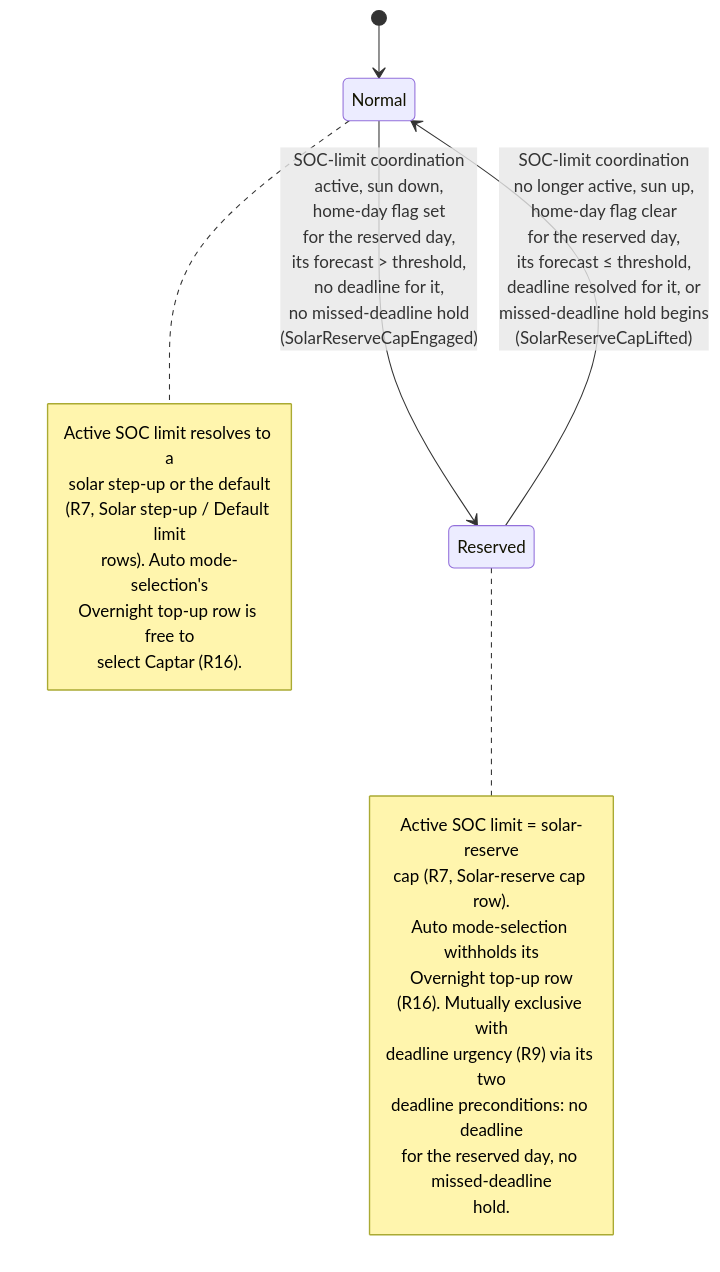
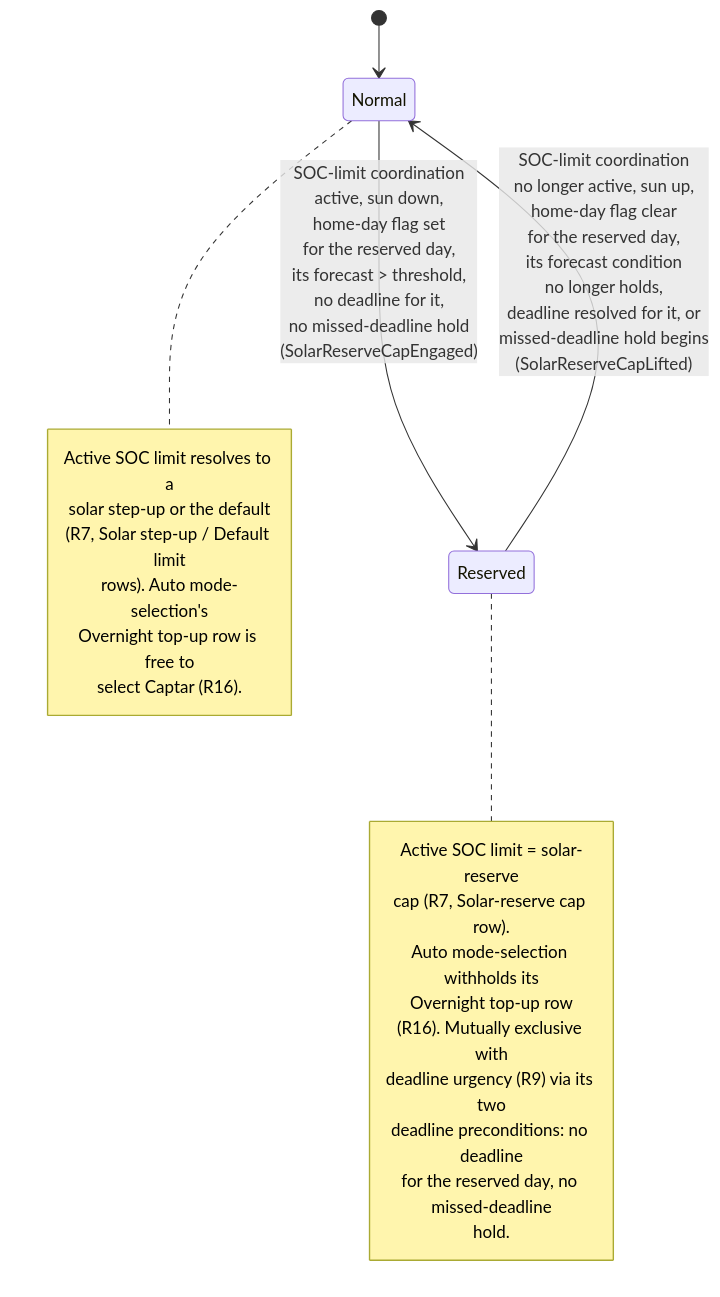
One commit to kristofdegrave/homeassistant-smart-charging changed the diagram in docs/analysis/use-cases/UC07-reserve-capacity-for-tomorrow.md. Above: the diagram before and after it, drawn with Mermaid. The commit also changed other lines of this file and 4 other files, not shown here.

First line of the commit message:
uc: address review remarks on the optional same-day forecast (#1370)

````diff
--- a/docs/analysis/use-cases/UC07-reserve-capacity-for-tomorrow.md
+++ b/docs/analysis/use-cases/UC07-reserve-capacity-for-tomorrow.md
@@ -153,25 +157,25 @@
 ```mermaid
 stateDiagram-v2
     [*] --> Normal
     Normal --> Reserved: SOC-limit coordination<br/>active, sun down,<br/>home-day flag set<br/>for the reserved day,<br/>its forecast > threshold,<br/>no deadline for it,<br/>no missed-deadline hold<br/>(SolarReserveCapEngaged)
-    Reserved --> Normal: SOC-limit coordination<br/>no longer active, sun up,<br/>home-day flag clear<br/>for the reserved day,<br/>its forecast ≤ threshold,<br/>deadline resolved for it, or<br/>missed-deadline hold begins<br/>(SolarReserveCapLifted)
+    Reserved --> Normal: SOC-limit coordination<br/>no longer active, sun up,<br/>home-day flag clear<br/>for the reserved day,<br/>its forecast condition<br/>no longer holds,<br/>deadline resolved for it, or<br/>missed-deadline hold begins<br/>(SolarReserveCapLifted)
     note right of Reserved
         Active SOC limit = solar-reserve
         cap (R7, Solar-reserve cap row).
         Auto mode-selection withholds its
         Overnight top-up row
         (R16). Mutually exclusive with
         deadline urgency (R9) via its two
         deadline preconditions: no deadline
         for the reserved day, no missed-deadline
         hold.
     end note
     note right of Normal
         Active SOC limit resolves to a
         solar step-up or the default
         (R7, Solar step-up / Default limit
         rows). Auto mode-selection's
         Overnight top-up row is free to
         select Captar (R16).
     end note
 ```
````
